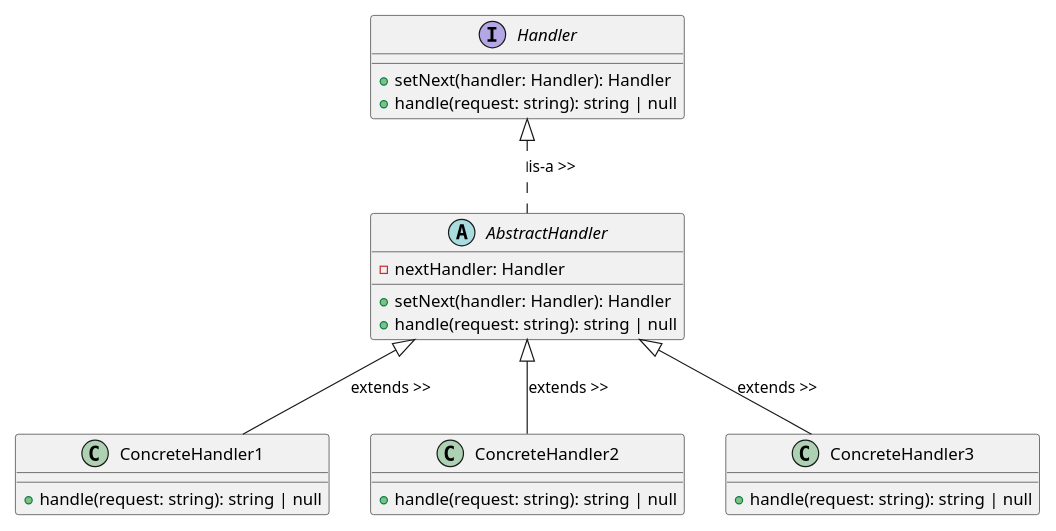
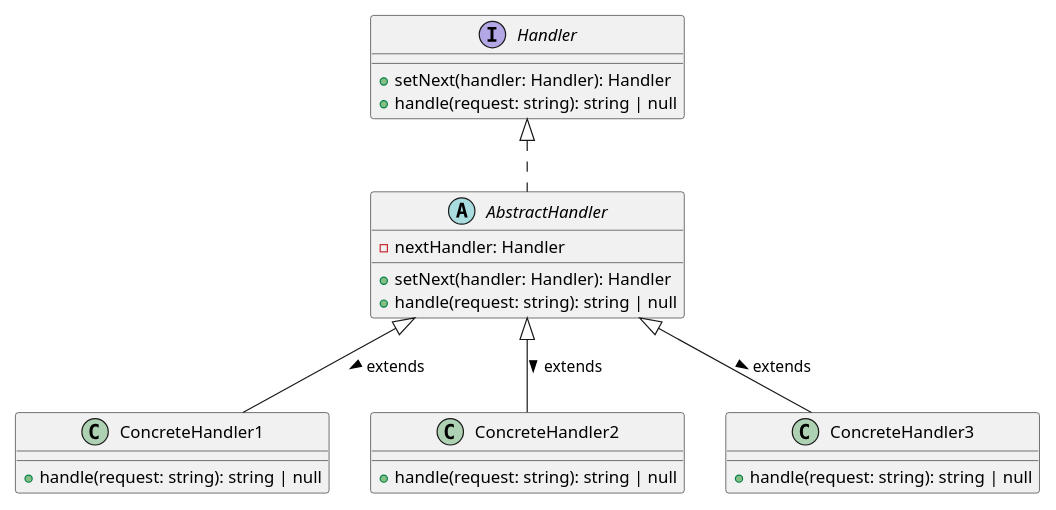
One commit to MC-Spraint/DSA-IN_TS-2024 changed the fourth of 11 diagrams in interview_prep/diagram.md. Above: the diagram before and after it, drawn with PlantUML. The commit also changed other lines of this file and 7 other files, not shown here.

```diff
--- a/interview_prep/diagram.md
+++ b/interview_prep/diagram.md
@@ -109,31 +108,31 @@
 @startuml
 scale 0.8
 
 interface Handler {
   + setNext(handler: Handler): Handler
   + handle(request: string): string | null
 }
 
 abstract class AbstractHandler {
   - nextHandler: Handler
   + setNext(handler: Handler): Handler
   + handle(request: string): string | null
 }
 
 class ConcreteHandler1 {
   + handle(request: string): string | null
 }
 
 class ConcreteHandler2 {
   + handle(request: string): string | null
 }
 
 class ConcreteHandler3 {
   + handle(request: string): string | null
 }
 
-Handler <|.. AbstractHandler : is-a >>
-AbstractHandler <|-- ConcreteHandler1 : extends >>
-AbstractHandler <|-- ConcreteHandler2 : extends >>
-AbstractHandler <|-- ConcreteHandler3 : extends >>
+Handler <|.. AbstractHandler
+AbstractHandler <|-- ConcreteHandler1 : extends >
+AbstractHandler <|-- ConcreteHandler2 : extends >
+AbstractHandler <|-- ConcreteHandler3 : extends >
 @enduml
```
